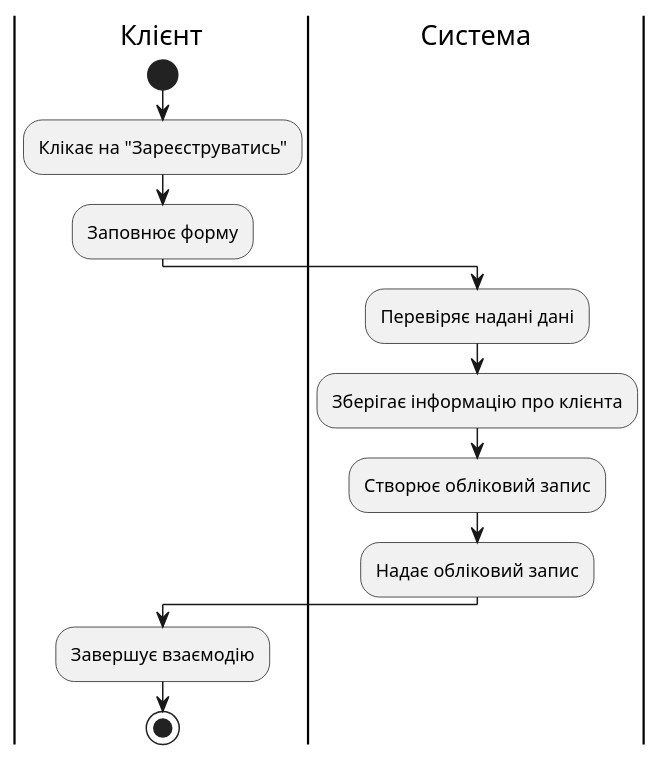
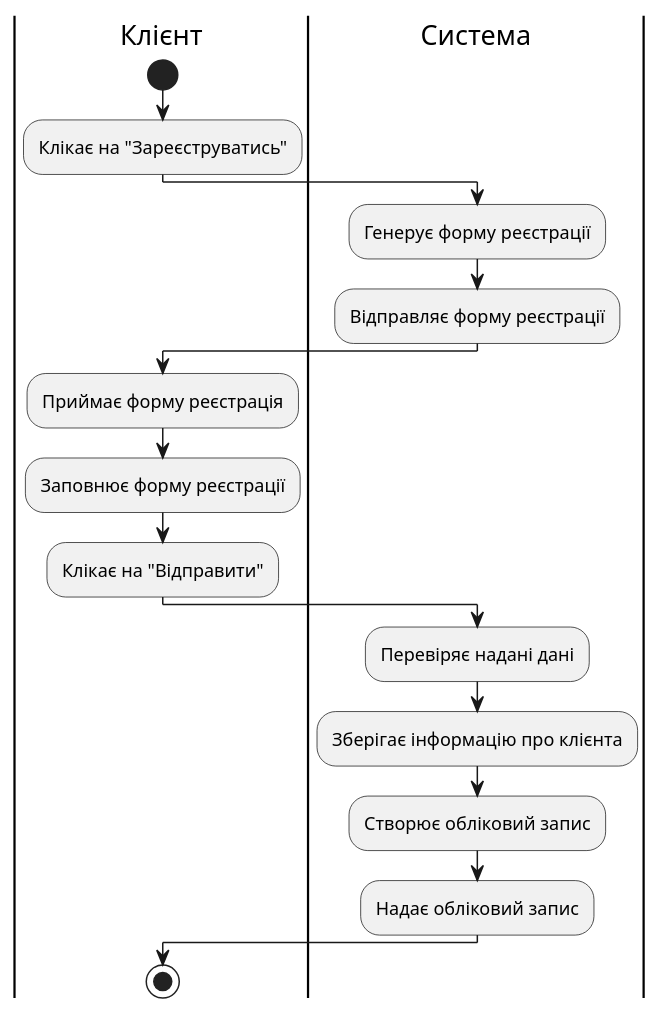
The seventh of 16 diagrams in docs/use cases/README.md (YehorSeniuk/IOO), drawn with PlantUML before and after one commit. The commit also changed other lines of this file, not shown here.

```diff
--- a/docs/use cases/README.md
+++ b/docs/use cases/README.md
@@ -80,16 +116,23 @@
 @startuml
 |Клієнт|
 start;
 :Клікає на "Зареєструватись";
-:Заповнює форму;
+
+|Система|
+:Генерує форму реєстрації;
+:Відправляє форму реєстрації;
+
+|Клієнт|
+:Приймає форму реєстрація;
+:Заповнює форму реєстрації;
+:Клікає на "Відправити";
 
 |Система|
 :Перевіряє надані дані;
 :Зберігає інформацію про клієнта;
 :Створює обліковий запис;
 :Надає обліковий запис;
 
 |Клієнт|
-:Завершує взаємодію;
 stop;
 @enduml
```
